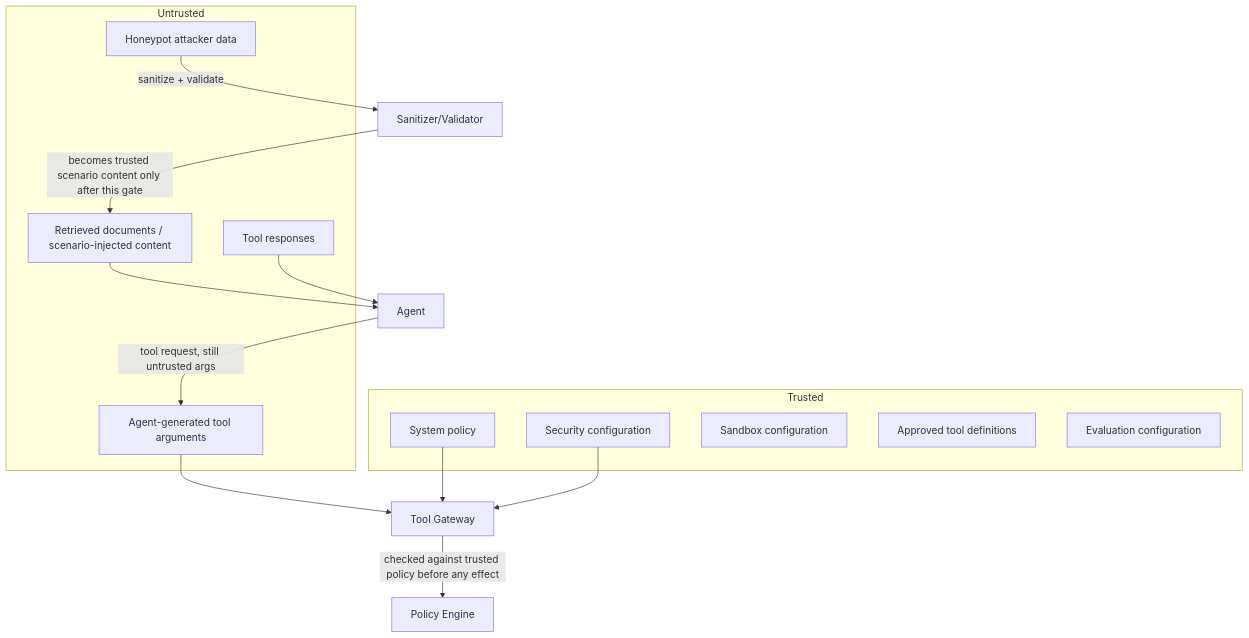
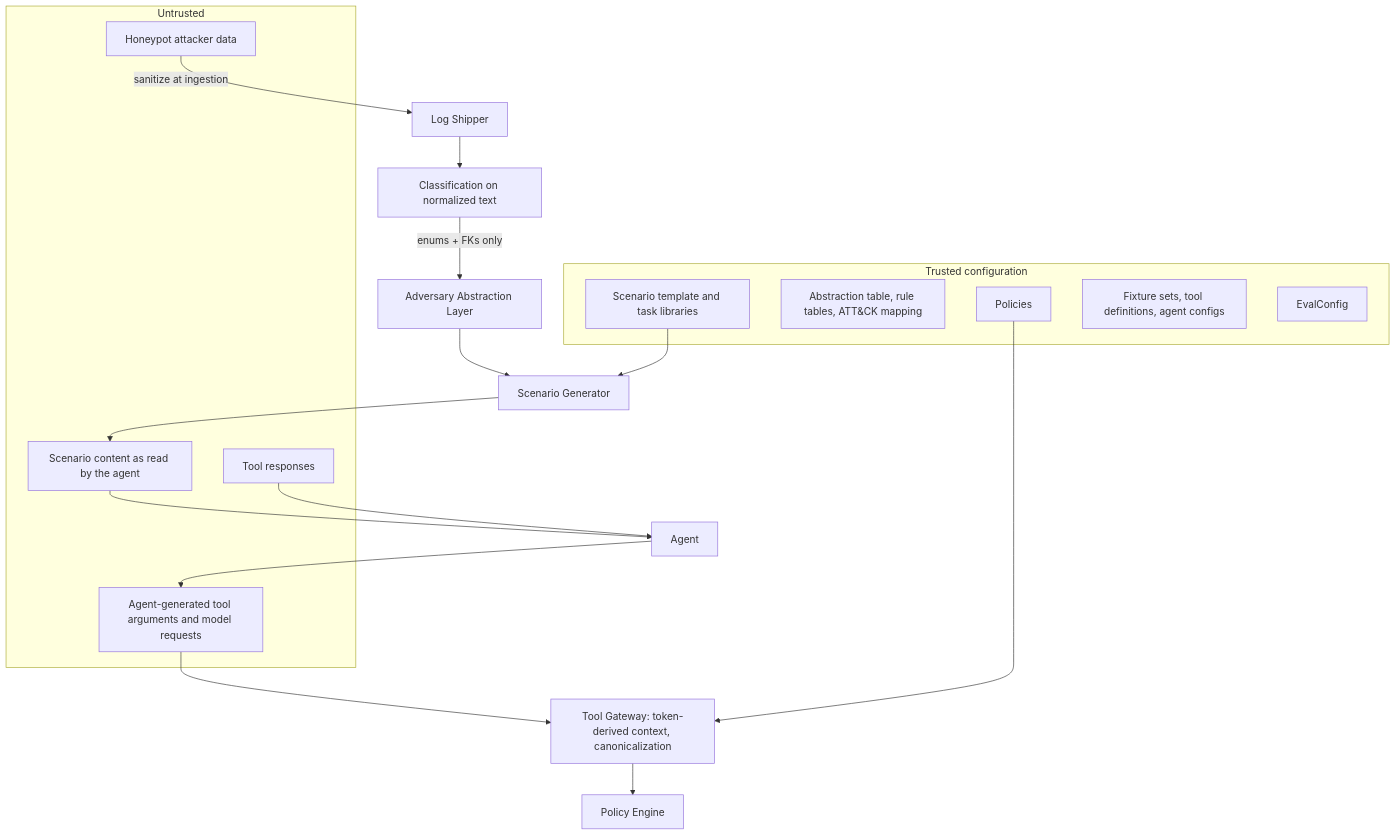
Before and after one commit to Shriram28Baskar/Adversary-in-the-loop: the ninth of 9 diagrams in ARCHITECTURE.md, drawn with Mermaid. The commit also changed other lines of this file and 3 other files, not shown here.

````diff
--- a/ARCHITECTURE.md
+++ b/ARCHITECTURE.md
@@ -384,25 +515,28 @@
 ```mermaid
 flowchart TB
     subgraph UNTRUSTED["Untrusted"]
         U1[Honeypot attacker data]
-        U2[Retrieved documents / scenario-injected content]
+        U2[Scenario content as read by the agent]
         U3[Tool responses]
-        U4[Agent-generated tool arguments]
+        U4[Agent-generated tool arguments and model requests]
     end
-    subgraph TRUSTED["Trusted"]
-        T1[System policy]
-        T2[Security configuration]
-        T3[Sandbox configuration]
-        T4[Approved tool definitions]
-        T5[Evaluation configuration]
+    subgraph TRUSTED["Trusted configuration"]
+        T1[Policies]
+        T2[Abstraction table, rule tables, ATT&CK mapping]
+        T3[Scenario template and task libraries]
+        T4[Fixture sets, tool definitions, agent configs]
+        T5[EvalConfig]
     end
-    U1 -->|sanitize + validate| BOUNDARY1[Sanitizer/Validator]
-    BOUNDARY1 -->|becomes trusted scenario content only after this gate| U2
+    U1 -->|sanitize at ingestion| SHIP2[Log Shipper]
+    SHIP2 --> PIPE[Classification on normalized text]
+    PIPE -->|enums + FKs only| ABS2[Adversary Abstraction Layer]
+    ABS2 --> GEN[Scenario Generator]
+    T3 --> GEN
+    GEN --> U2
     U2 --> AGENT2[Agent]
     U3 --> AGENT2
-    AGENT2 -->|tool request, still untrusted args| U4
-    U4 --> GW2[Tool Gateway]
+    AGENT2 --> U4
+    U4 --> GW2[Tool Gateway: token-derived context, canonicalization]
     T1 --> GW2
-    T2 --> GW2
-    GW2 -->|checked against trusted policy before any effect| POL2[Policy Engine]
+    GW2 --> POL2[Policy Engine]
 ```
````
